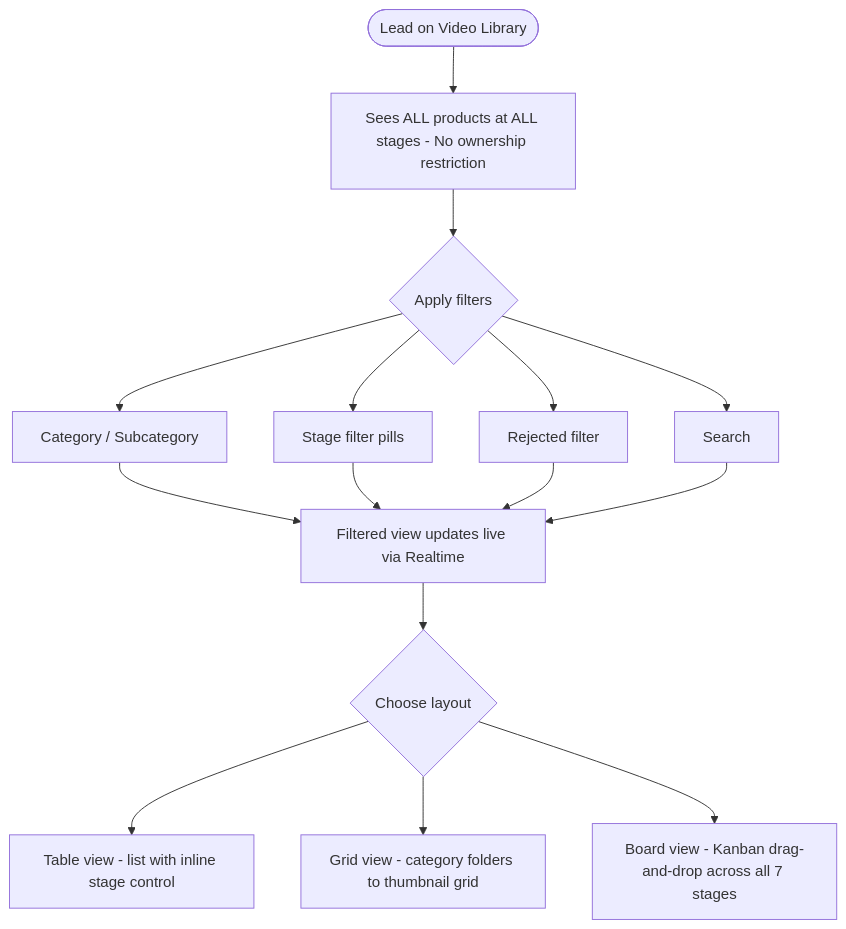
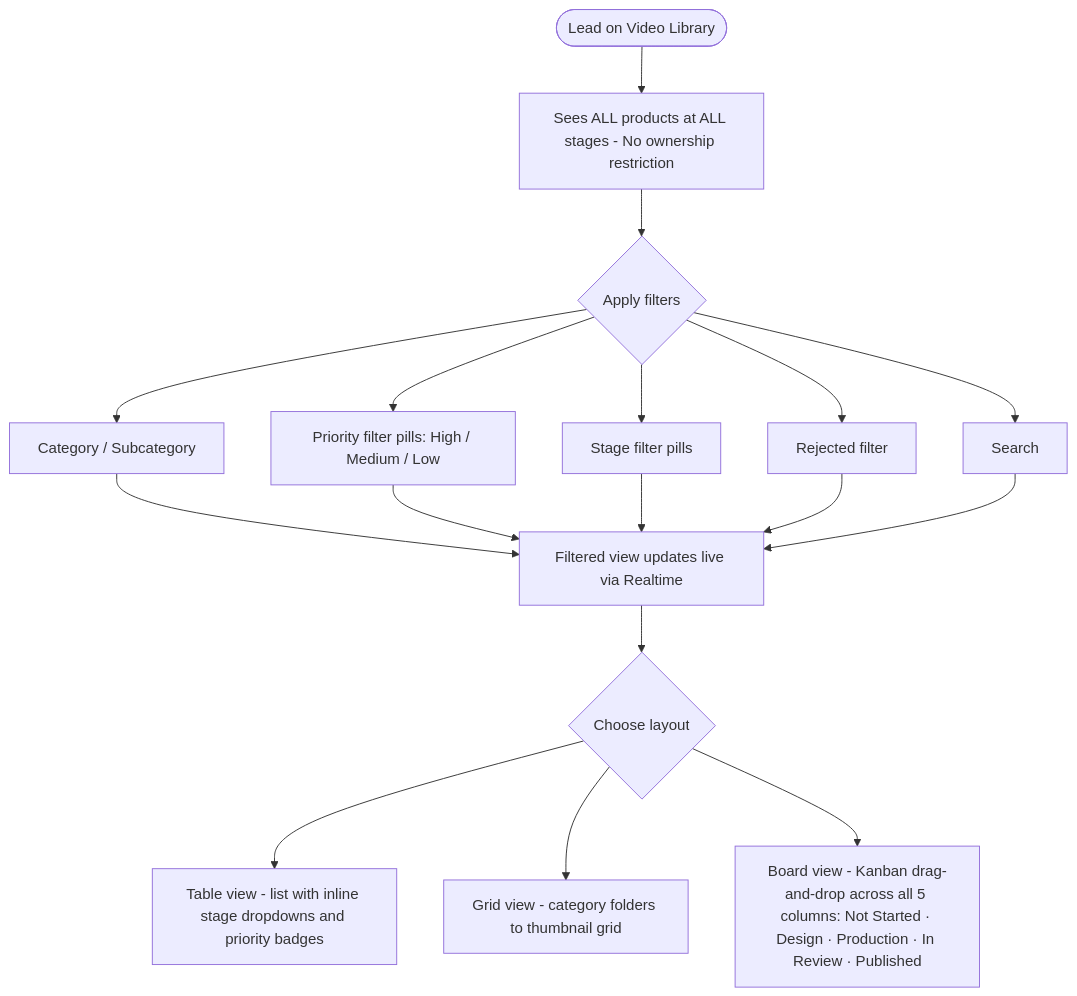
One commit to Lyduke56/BuckedUp-Dashboard-Lifewood changed diagram 11 of 18 in role_workflows.md. Above: the diagram before and after it, drawn with Mermaid. The commit also changed other lines of this file and 6 other files, not shown here.

````diff
--- a/role_workflows.md
+++ b/role_workflows.md
@@ -397,15 +338,16 @@
 ```mermaid
 flowchart TD
     A([Lead on Video Library]) --> B["Sees ALL products at ALL stages - No ownership restriction"]
     B --> C{Apply filters}
     C --> D[Category / Subcategory]
-    C --> E[Stage filter pills]
-    C --> F[Rejected filter]
-    C --> G[Search]
-    D & E & F & G --> H[Filtered view updates live via Realtime]
+    C --> E[Priority filter pills: High / Medium / Low]
+    C --> F[Stage filter pills]
+    C --> G[Rejected filter]
+    C --> H[Search]
+    D & E & F & G & H --> I[Filtered view updates live via Realtime]
 
-    H --> I{Choose layout}
-    I --> I1["Table view - list with inline stage control"]
-    I --> I2["Grid view - category folders to thumbnail grid"]
-    I --> I3["Board view - Kanban drag-and-drop across all 7 stages"]
+    I --> J{Choose layout}
+    J --> J1["Table view - list with inline stage dropdowns and priority badges"]
+    J --> J2["Grid view - category folders to thumbnail grid"]
+    J --> J3["Board view - Kanban drag-and-drop across all 5 columns: Not Started · Design · Production · In Review · Published"]
 ```
````
